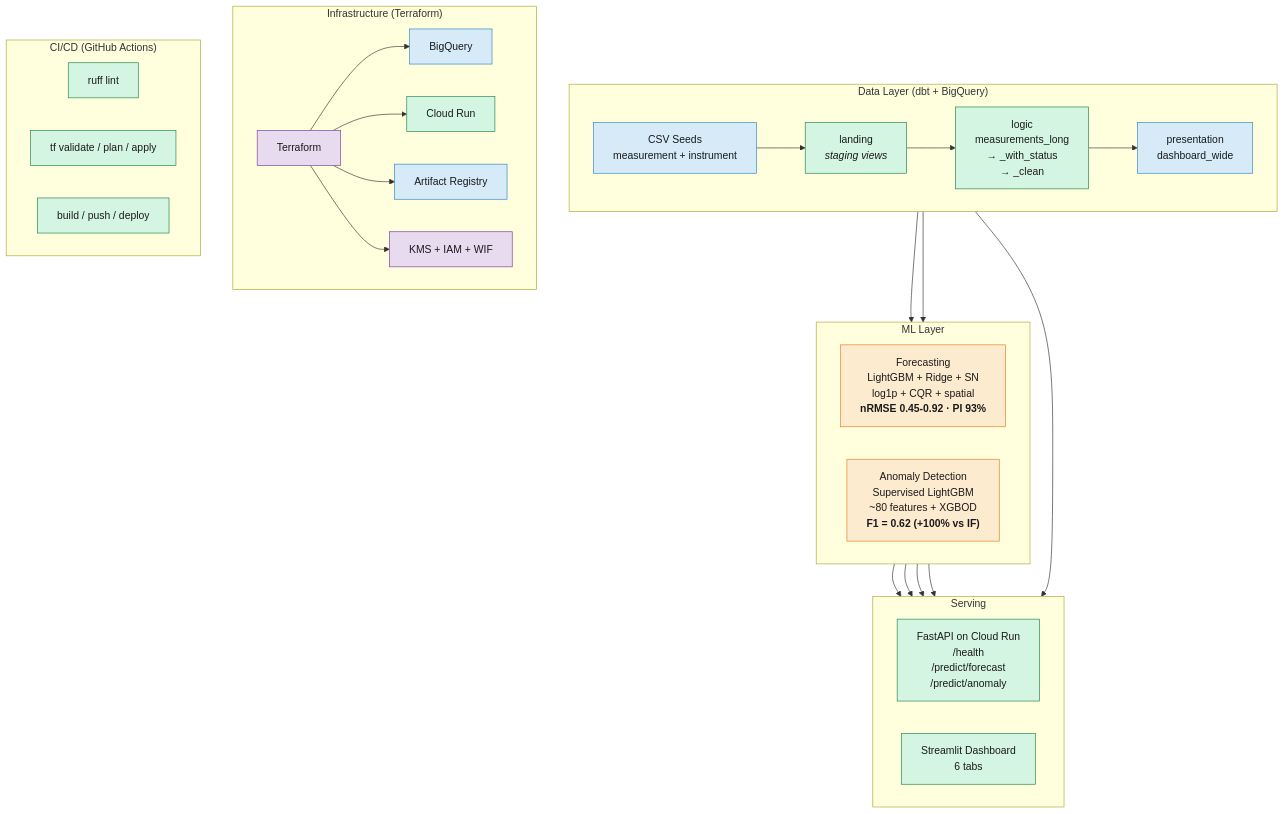
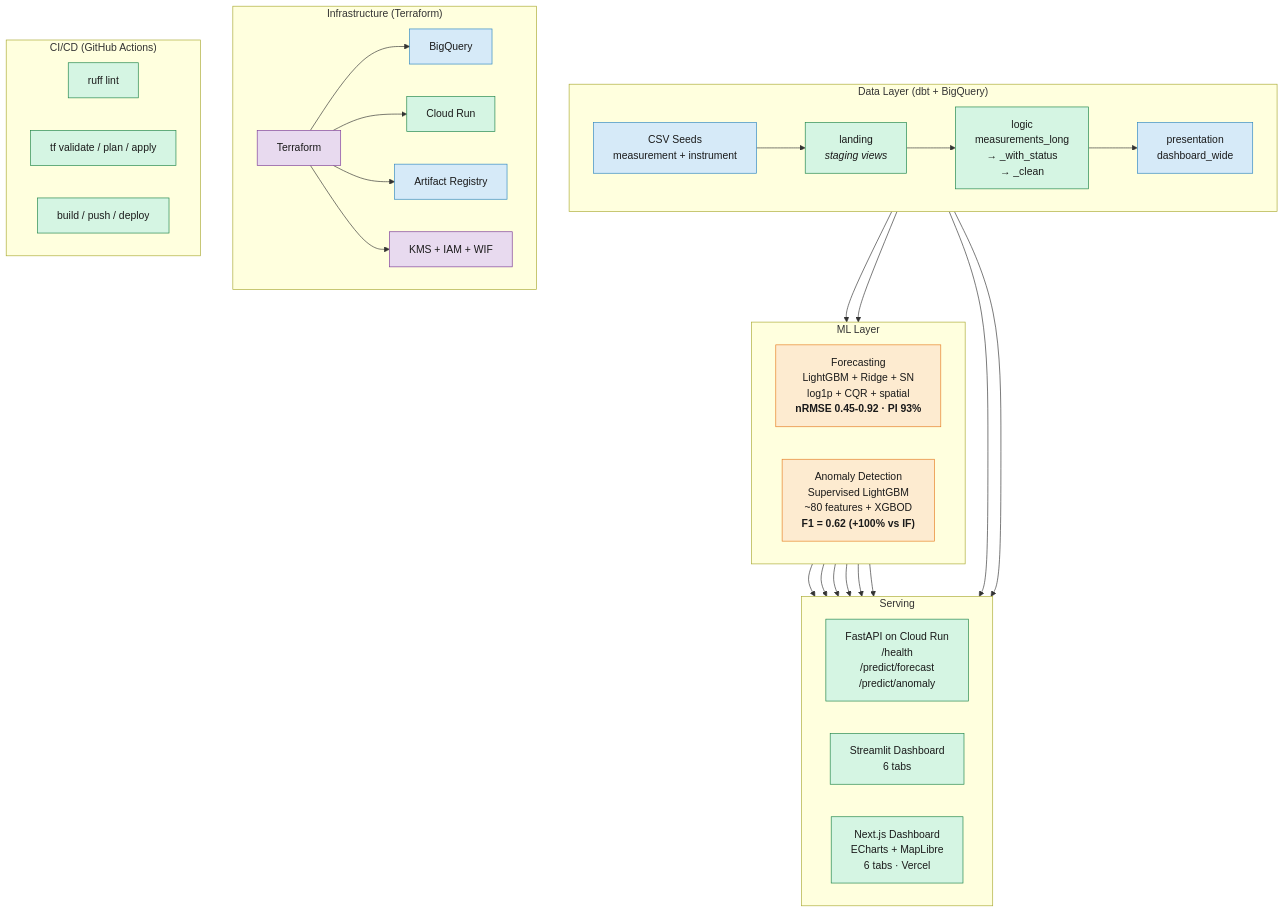
Before and after one commit to mponsclo/pollution-prediction: the diagram in README.md, drawn with Mermaid. The commit also changed other lines of this file and 70 other files, not shown here.

First line of the commit message:
feat(frontend): add Next.js dashboard as viz-as-code alternative to Streamlit

````diff
--- a/README.md
+++ b/README.md
@@ -62,49 +62,53 @@
 ```mermaid
 graph TB
   subgraph Data["Data Layer (dbt + BigQuery)"]
     direction LR
     Seeds["CSV Seeds<br/>measurement + instrument"]:::storage --> Landing["landing<br/><i>staging views</i>"]:::compute
     Landing --> Logic["logic<br/>measurements_long<br/>→ _with_status<br/>→ _clean"]:::compute
     Logic --> Presentation["presentation<br/>dashboard_wide"]:::storage
   end
 
   subgraph ML["ML Layer"]
     direction LR
     Forecast["Forecasting<br/>LightGBM + Ridge + SN<br/>log1p + CQR + spatial<br/><b>nRMSE 0.45-0.92 · PI 93%</b>"]:::ml
     Anomaly["Anomaly Detection<br/>Supervised LightGBM<br/>~80 features + XGBOD<br/><b>F1 = 0.62 (+100% vs IF)</b>"]:::ml
   end
 
   subgraph Serving["Serving"]
     direction LR
     API["FastAPI on Cloud Run<br/>/health<br/>/predict/forecast<br/>/predict/anomaly"]:::compute
     Dash["Streamlit Dashboard<br/>6 tabs"]:::compute
+    Next["Next.js Dashboard<br/>ECharts + MapLibre<br/>6 tabs · Vercel"]:::compute
   end
 
   subgraph Infra["Infrastructure (Terraform)"]
     direction LR
     TF["Terraform"]:::infra --> BQ["BigQuery"]:::storage
     TF --> CR["Cloud Run"]:::compute
     TF --> AR["Artifact Registry"]:::storage
     TF --> KMS["KMS + IAM + WIF"]:::infra
   end
 
   subgraph CICD["CI/CD (GitHub Actions)"]
     direction LR
     Lint["ruff lint"]:::compute
     TFW["tf validate / plan / apply"]:::compute
     Docker["build / push / deploy"]:::compute
   end
 
   Logic --> Forecast
   Logic --> Anomaly
   Forecast --> API
   Anomaly --> API
   Logic --> Dash
   Forecast --> Dash
   Anomaly --> Dash
+  Logic --> Next
+  Forecast --> Next
+  Anomaly --> Next
 
   classDef storage fill:#d6eaf8,stroke:#2e86c1,color:#1a1a1a
   classDef compute fill:#d5f5e3,stroke:#1e8449,color:#1a1a1a
   classDef ml fill:#fdebd0,stroke:#e67e22,color:#1a1a1a
   classDef infra fill:#e8daef,stroke:#7d3c98,color:#1a1a1a
 ```
````
